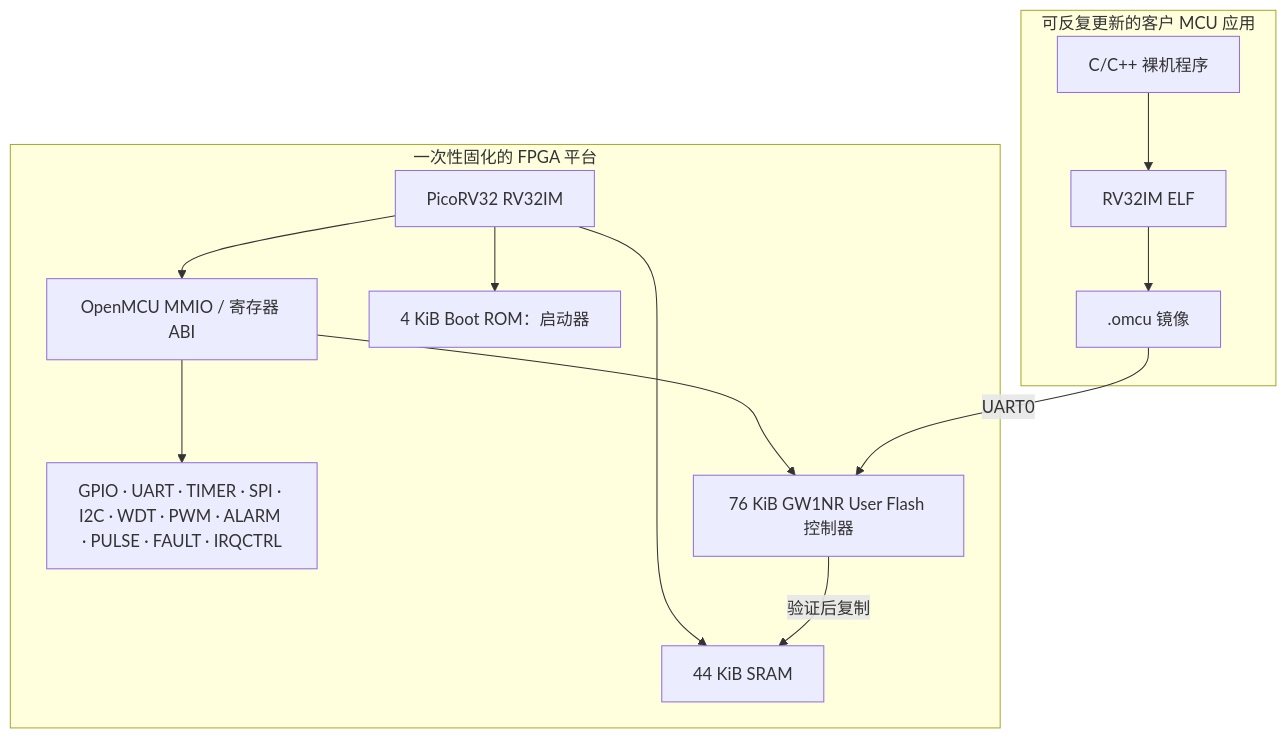
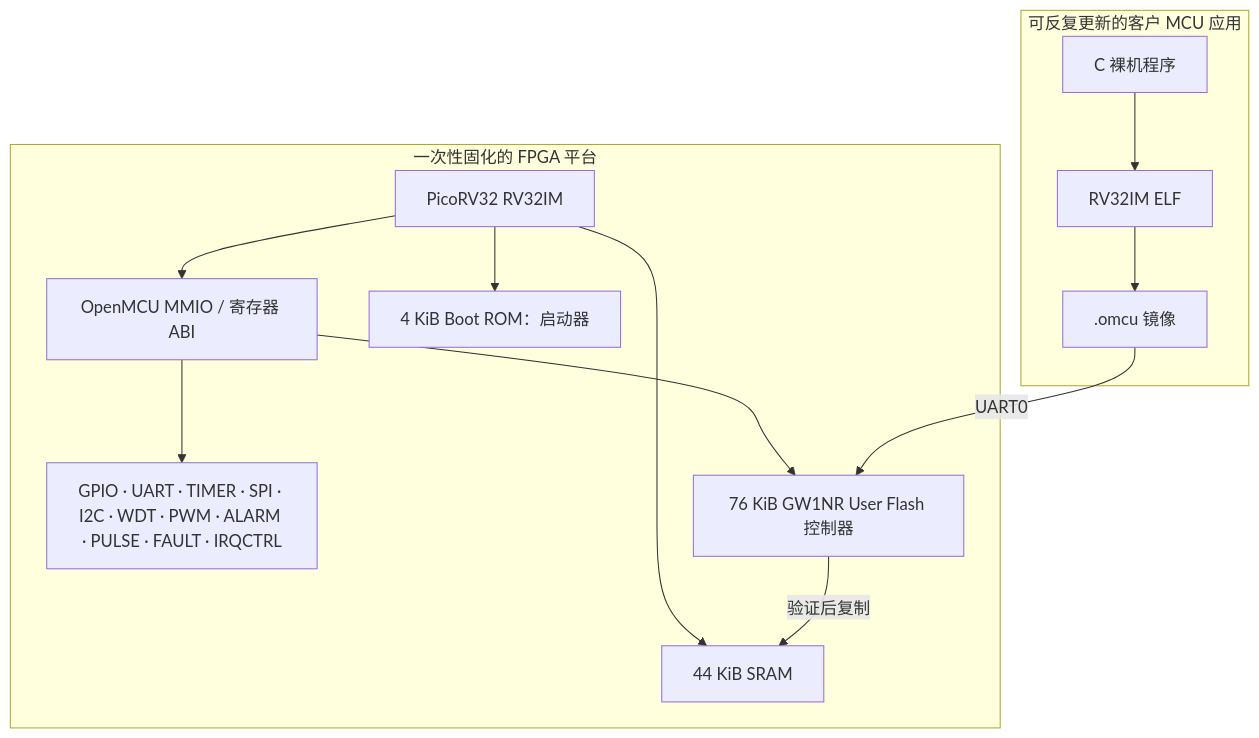
One commit to tianrking/OpenMCU-TN9K changed the first of 2 diagrams in README.md. Above: the diagram before and after it, drawn with Mermaid. The commit also changed other lines of this file and 11 other files, not shown here.

````diff
--- a/README.md
+++ b/README.md
@@ -20,16 +20,16 @@
 ```mermaid
 flowchart TB
   subgraph 平台层[一次性固化的 FPGA 平台]
     CPU[PicoRV32 RV32IM] --> MMIO[OpenMCU MMIO / 寄存器 ABI]
     MMIO --> PERI[GPIO · UART · TIMER · SPI · I2C · WDT · PWM · ALARM · PULSE · FAULT · IRQCTRL]
     CPU --> ROM[4 KiB Boot ROM：启动器]
     CPU --> RAM[44 KiB SRAM]
     MMIO --> UF[76 KiB GW1NR User Flash 控制器]
   end
   subgraph 客户层[可反复更新的客户 MCU 应用]
-    APP[C/C++ 裸机程序] --> ELF[RV32IM ELF]
+    APP[C 裸机程序] --> ELF[RV32IM ELF]
     ELF --> IMG[.omcu 镜像]
     IMG -->|UART0| UF
     UF -->|验证后复制| RAM
   end
 ```
````
